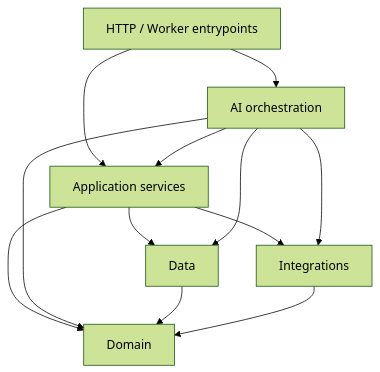
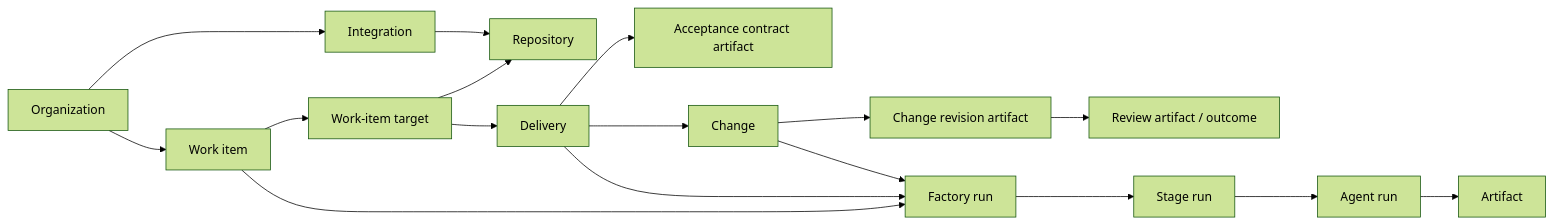
One commit to Ngineer101/turbodiff changed the second of 2 diagrams in docs/architecture.md. Above: the diagram before and after it, drawn with Mermaid (forest theme). The commit also changed other lines of this file and 491 other files, not shown here.

````diff
--- a/docs/architecture.md
+++ b/docs/architecture.md
@@ -9,13 +128,15 @@
 ```mermaid
-flowchart TB
-  ENTRY["HTTP / Worker entrypoints"] --> SERVICES["Application services"]
-  ENTRY --> AI["AI orchestration"]
-  AI --> SERVICES
-  SERVICES --> DATA["Data"]
-  SERVICES --> INTEGRATIONS["Integrations"]
-  AI --> DATA & INTEGRATIONS
-  SERVICES --> DOMAIN["Domain"]
-  AI --> DOMAIN
-  DATA --> DOMAIN
-  INTEGRATIONS --> DOMAIN
+flowchart LR
+  Organization --> Integration --> Repository
+  Organization --> WorkItem["Work item"]
+  WorkItem --> Target["Work-item target"] --> Repository
+  Target --> Delivery --> Acceptance["Acceptance contract artifact"]
+  Delivery --> Change --> Revision["Change revision artifact"]
+  Revision --> Review["Review artifact / outcome"]
+
+  WorkItem --> FactoryRun["Factory run"]
+  Delivery --> FactoryRun
+  Change --> FactoryRun
+  FactoryRun --> StageRun["Stage run"] --> AgentRun["Agent run"]
+  AgentRun --> Artifact
 ```
````
